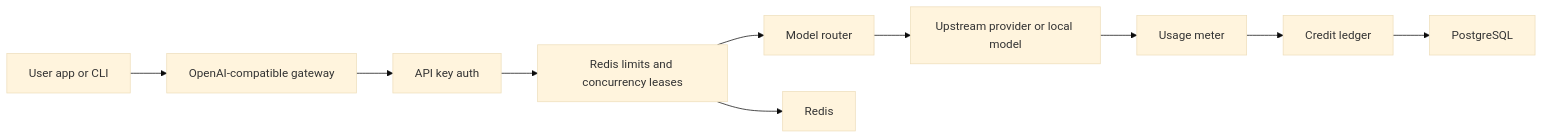
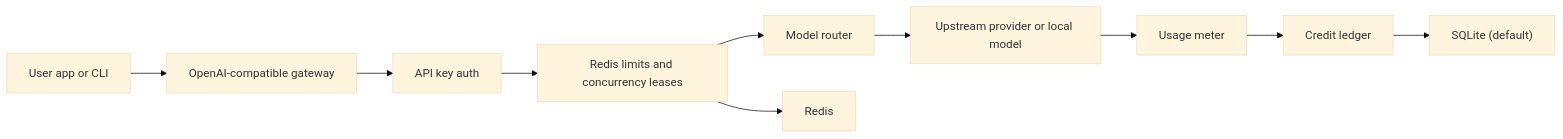
The first of 2 diagrams in docs/ARCHITECTURE.md (pendig/mizan), drawn with Mermaid (base theme) before and after one commit. The commit also changed other lines of this file and 18 other files, not shown here.

````diff
--- a/docs/ARCHITECTURE.md
+++ b/docs/ARCHITECTURE.md
@@ -56,12 +56,12 @@
 ```mermaid
 flowchart LR
     Client["User app or CLI"] --> Gateway["OpenAI-compatible gateway"]
     Gateway --> Auth["API key auth"]
     Auth --> Limits["Redis limits and concurrency leases"]
     Limits --> Router["Model router"]
     Router --> Provider["Upstream provider or local model"]
     Provider --> Meter["Usage meter"]
     Meter --> Ledger["Credit ledger"]
-    Ledger --> DB["PostgreSQL"]
+    Ledger --> DB["SQLite (default)"]
     Limits --> Redis["Redis"]
 ```
````
